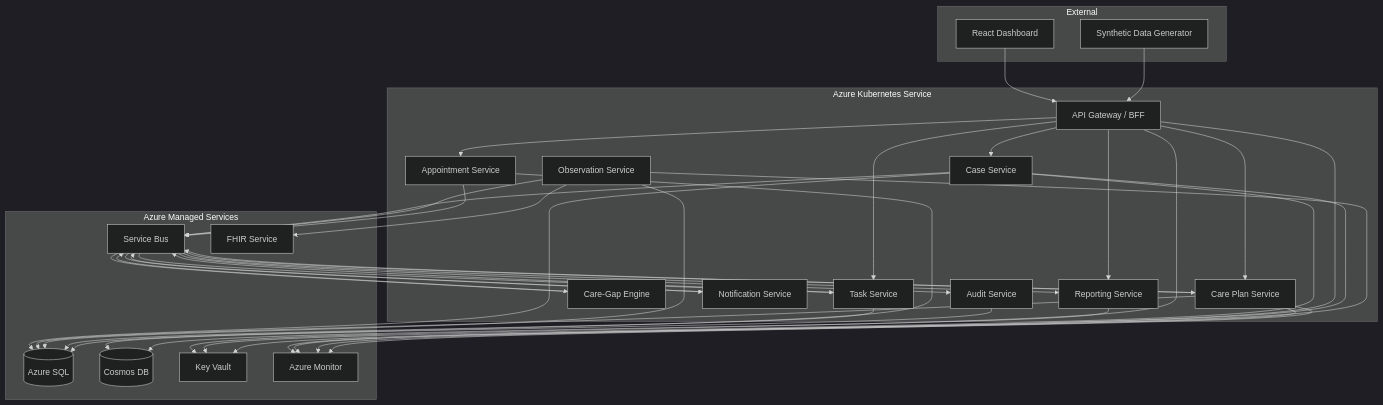
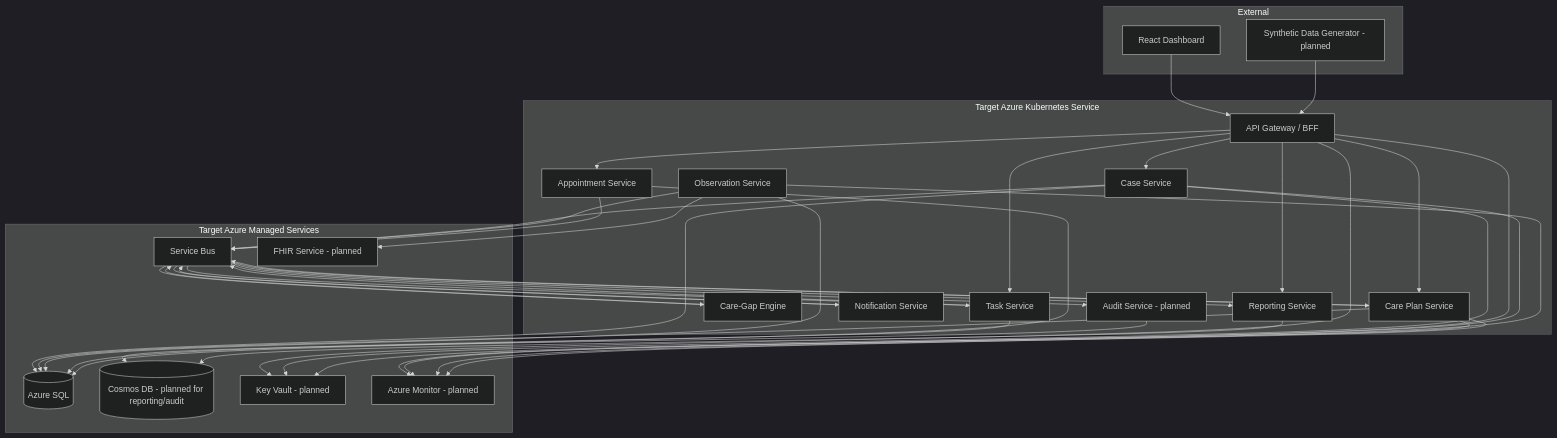
The diagram in README.md (artemsemdev/CareBridge), drawn with Mermaid (dark theme) before and after one commit. The commit also changed other lines of this file and 6 other files, not shown here.

````diff
--- a/README.md
+++ b/README.md
@@ -67,40 +69,40 @@
 ```mermaid
 graph TB
     subgraph External
         UI[React Dashboard]
-        SIM[Synthetic Data Generator]
+        SIM[Synthetic Data Generator - planned]
     end
 
-    subgraph Azure Kubernetes Service
+    subgraph Target Azure Kubernetes Service
         BFF[API Gateway / BFF]
         CS[Case Service]
         CPS[Care Plan Service]
         OIS[Observation Service]
         CGE[Care-Gap Engine]
         TS[Task Service]
         AS[Appointment Service]
         NS[Notification Service]
-        AUD[Audit Service]
+        AUD[Audit Service - planned]
         RPT[Reporting Service]
     end
 
-    subgraph Azure Managed Services
+    subgraph Target Azure Managed Services
         SQL[(Azure SQL)]
-        COSMOS[(Cosmos DB)]
+        COSMOS[(Cosmos DB - planned for reporting/audit)]
         SB[Service Bus]
-        FHIR[FHIR Service]
-        KV[Key Vault]
-        MON[Azure Monitor]
+        FHIR[FHIR Service - planned]
+        KV[Key Vault - planned]
+        MON[Azure Monitor - planned]
     end
 
     UI --> BFF
     SIM --> BFF
     BFF --> CS & CPS & TS & AS & RPT
     CS & CPS & OIS & CGE & TS & AS & NS --> SB
     SB --> CGE & TS & NS & AUD & RPT & CPS
     CS & CPS & OIS & TS & AS --> SQL
     AUD & RPT --> COSMOS
     OIS --> FHIR
     BFF & CS & CPS --> KV
     BFF & CS & CPS & OIS --> MON
 ```
````
